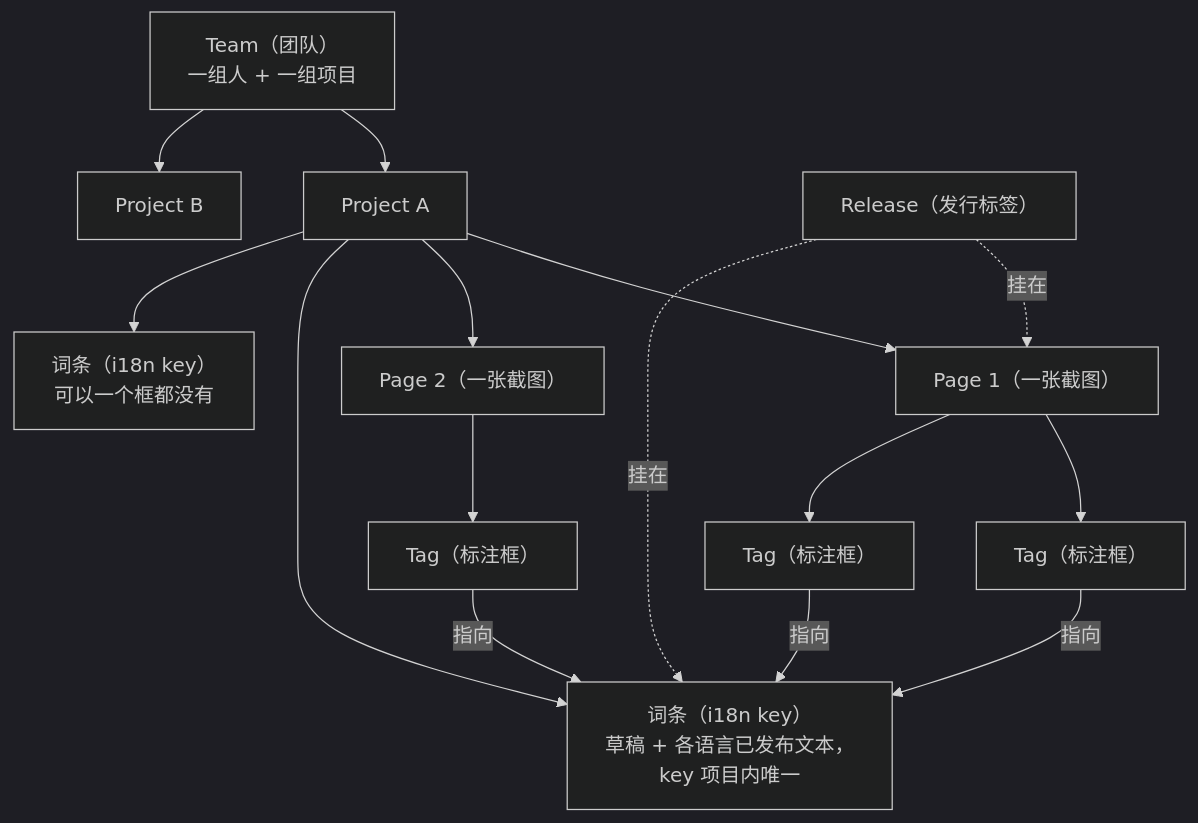
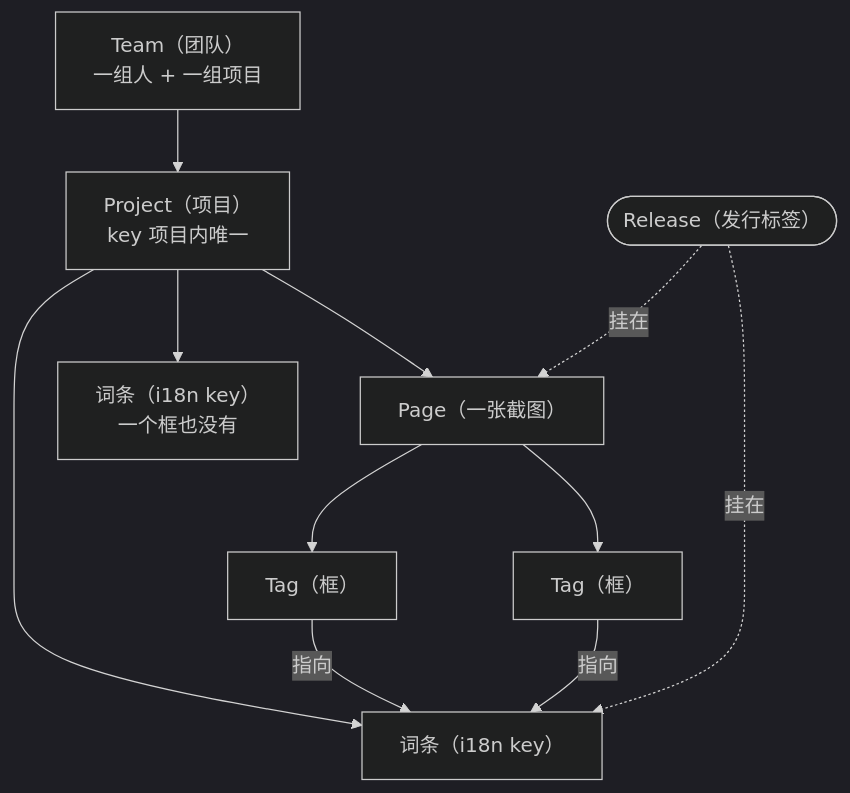
Before and after one commit to Hwacc/localness: the second of 2 diagrams in docs/run-book/02-what-is-localness.md, drawn with Mermaid (dark theme). The commit also changed other lines of this file and 20 other files, not shown here.

````diff
--- a/docs/run-book/02-what-is-localness.md
+++ b/docs/run-book/02-what-is-localness.md
@@ -81,23 +76,19 @@
 ```mermaid
 flowchart TD
     Team["Team（团队）<br/>一组人 + 一组项目"]
-    Team --> ProjA["Project A"]
-    Team --> ProjB["Project B"]
+    Team --> Proj["Project（项目）<br/>key 项目内唯一"]
 
-    ProjA --> Page1["Page 1（一张截图）"]
-    ProjA --> Page2["Page 2（一张截图）"]
-    ProjA --> Entry1["词条（i18n key）<br/>草稿 + 各语言已发布文本，key 项目内唯一"]
-    ProjA --> Entry2["词条（i18n key）<br/>可以一个框都没有"]
+    Proj --> Page["Page（一张截图）"]
+    Proj --> Entry1["词条（i18n key）"]
+    Proj --> Entry2["词条（i18n key）<br/>一个框也没有"]
 
-    Page1 --> Tag1["Tag（标注框）"]
-    Page1 --> Tag2["Tag（标注框）"]
-    Page2 --> Tag3["Tag（标注框）"]
+    Page --> Tag1["Tag（框）"]
+    Page --> Tag2["Tag（框）"]
 
     Tag1 -->|指向| Entry1
     Tag2 -->|指向| Entry1
-    Tag3 -->|指向| Entry1
 
-    Rel["Release（发行标签）"]
-    Rel -.->|挂在| Page1
+    Rel(["Release（发行标签）"])
+    Rel -.->|挂在| Page
     Rel -.->|挂在| Entry1
 ```
````
